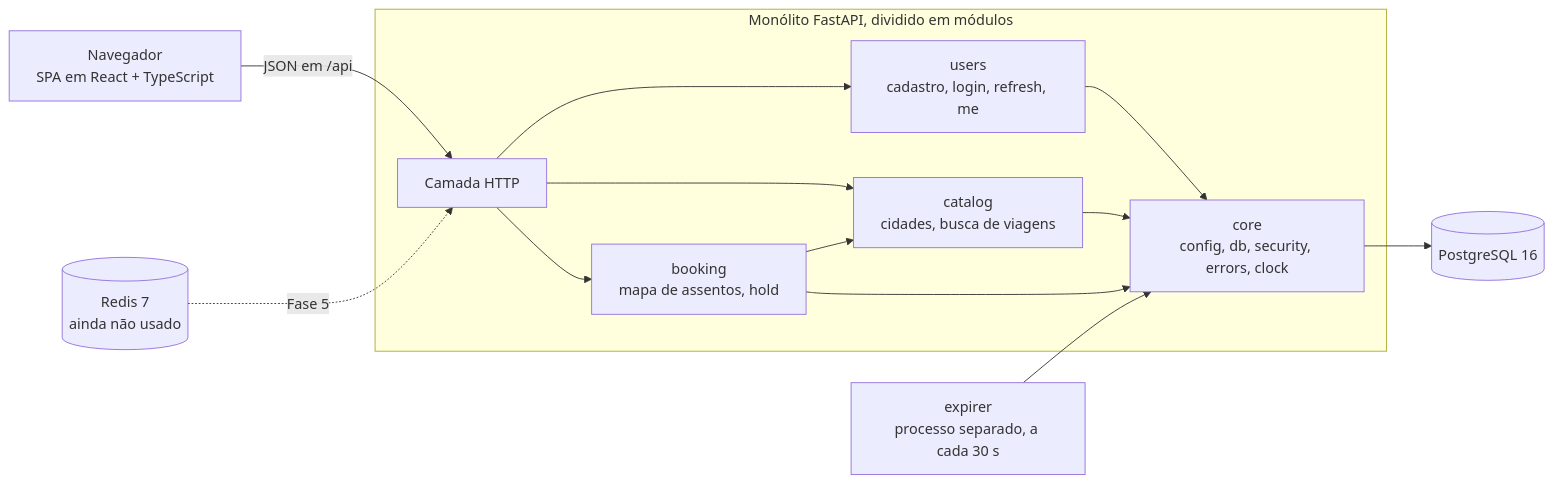
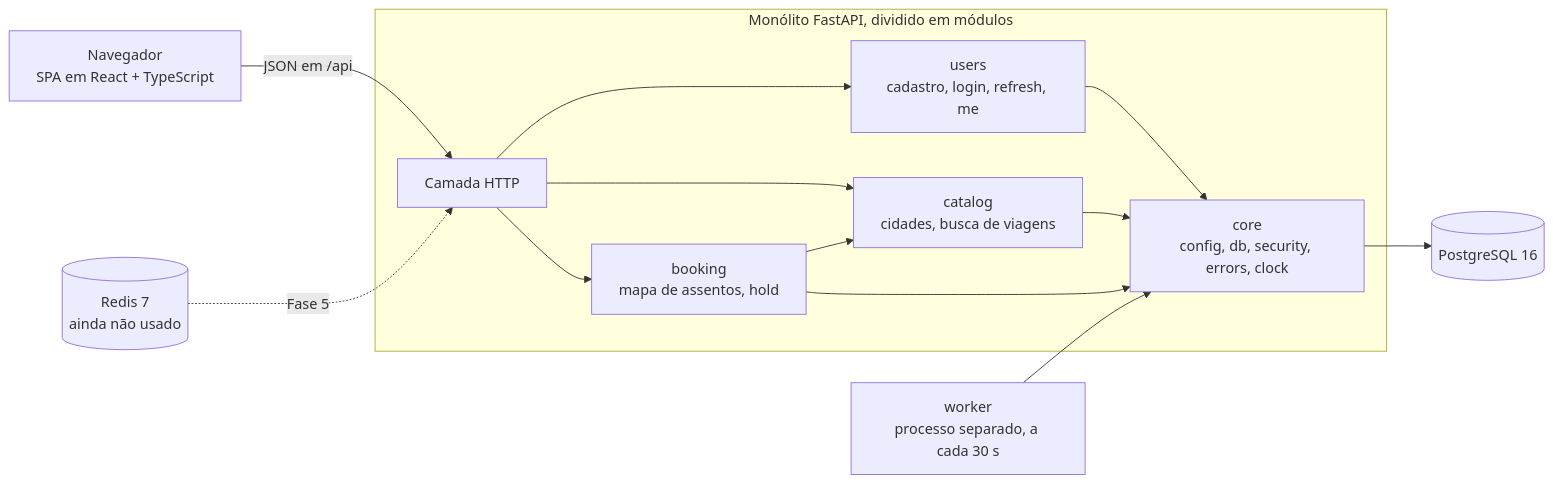
Before and after one commit to Prabovn7/bus-ticket-api: the diagram in README.pt-BR.md, drawn with Mermaid. The commit also changed other lines of this file and 1 other file, not shown here.

Commit message:
docs: point the readmes to the worker process

````diff
--- a/README.pt-BR.md
+++ b/README.pt-BR.md
@@ -38,18 +38,18 @@
 ```mermaid
 flowchart LR
     B["Navegador<br/>SPA em React + TypeScript"] -->|"JSON em /api"| A
 
     subgraph M["Monólito FastAPI, dividido em módulos"]
         A["Camada HTTP"] --> U["users<br/>cadastro, login, refresh, me"]
         A --> C["catalog<br/>cidades, busca de viagens"]
         A --> BK["booking<br/>mapa de assentos, hold"]
         BK --> C
         U --> K["core<br/>config, db, security, errors, clock"]
         C --> K
         BK --> K
     end
 
-    X["expirer<br/>processo separado, a cada 30 s"] --> K
+    X["worker<br/>processo separado, a cada 30 s"] --> K
     K --> P[("PostgreSQL 16")]
     R[("Redis 7<br/>ainda não usado")] -.->|"Fase 5"| A
 ```
````
